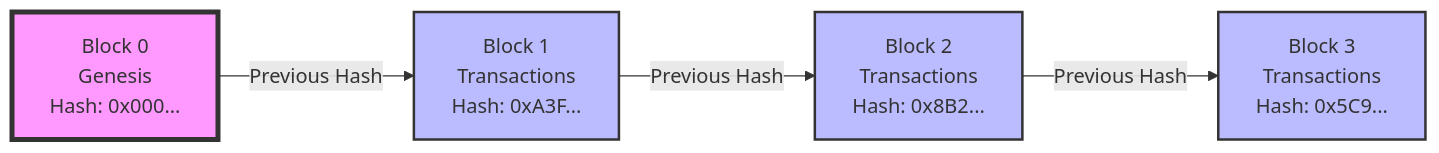
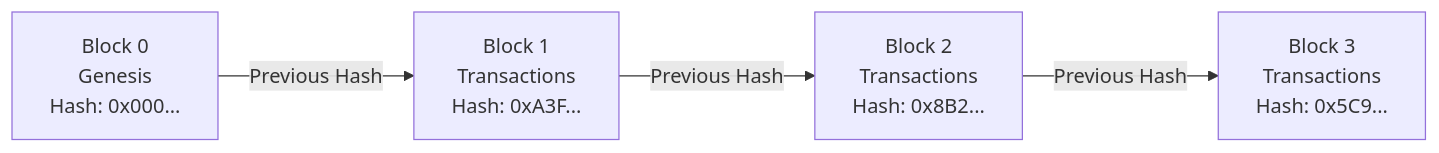
The first of 2 diagrams in books/zig-blockchain/chapter1.md (susumutomita/zenn-article), drawn with Mermaid before and after one commit. The commit also changed 10 other files, not shown here.

First line of the commit message:
Zig本を無料公開しMermaid表示を修正する (#257)

````diff
--- a/books/zig-blockchain/chapter1.md
+++ b/books/zig-blockchain/chapter1.md
@@ -12,11 +12,7 @@
 ```mermaid
 graph LR
     A[Block 0<br/>Genesis<br/>Hash: 0x000...] -->|Previous Hash| B[Block 1<br/>Transactions<br/>Hash: 0xA3F...]
     B -->|Previous Hash| C[Block 2<br/>Transactions<br/>Hash: 0x8B2...]
     C -->|Previous Hash| D[Block 3<br/>Transactions<br/>Hash: 0x5C9...]
 
-    style A fill:#f9f,stroke:#333,stroke-width:4px
-    style B fill:#bbf,stroke:#333,stroke-width:2px
-    style C fill:#bbf,stroke:#333,stroke-width:2px
-    style D fill:#bbf,stroke:#333,stroke-width:2px
 ```
````
